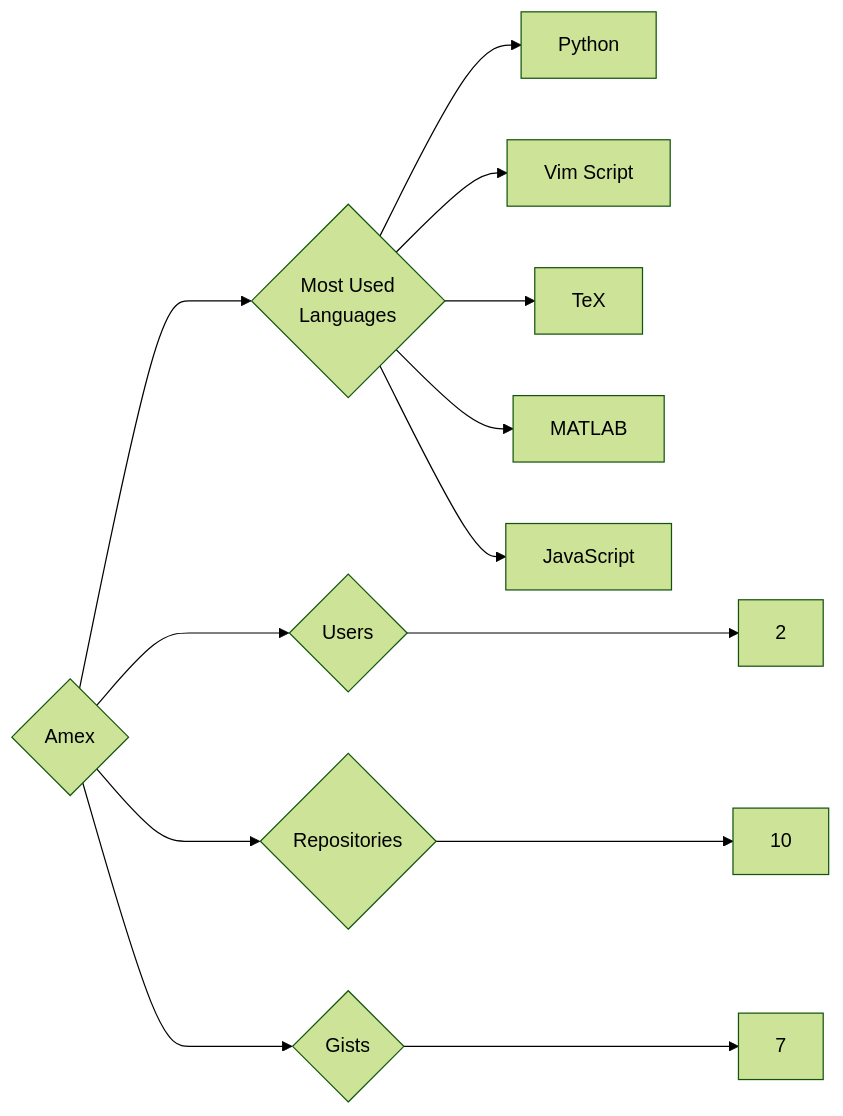
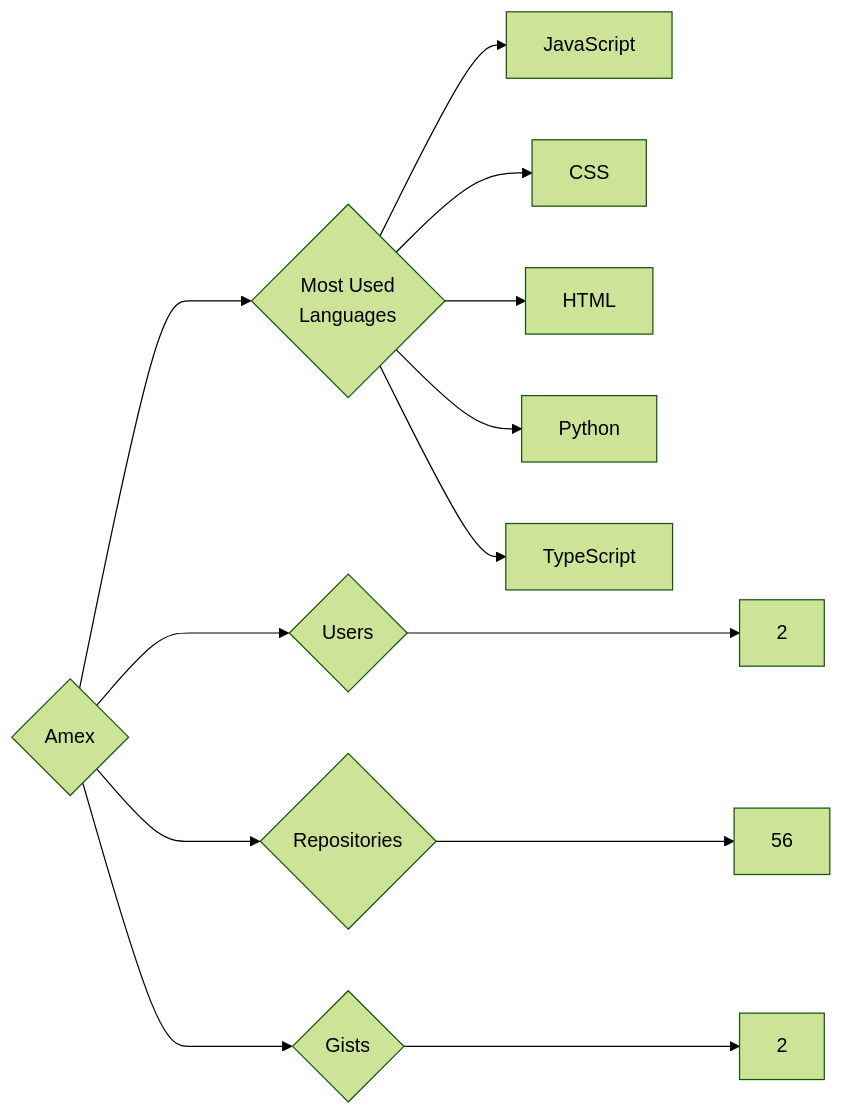
One commit to trickest/insiders changed the diagram in targets/Amex/README.md. Above: the diagram before and after it, drawn with Mermaid (forest theme). The commit also changed 682 other files, not shown here.

````diff
--- a/targets/Amex/README.md
+++ b/targets/Amex/README.md
@@ -3,13 +3,13 @@
 ```mermaid
 graph LR
 COMPANY_NAME{Amex}
 COMPANY_NAME ---> U{Users} ---> UN[2]
-COMPANY_NAME ---> R{Repositories} ---> RN[10]
-COMPANY_NAME ---> G{Gists} ---> GN[7]
+COMPANY_NAME ---> R{Repositories} ---> RN[56]
+COMPANY_NAME ---> G{Gists} ---> GN[2]
 COMPANY_NAME ---> ML{Most Used<br>Languages}
+ML --> JavaScript[JavaScript]
+ML --> CSS[CSS]
+ML --> HTML[HTML]
 ML --> Python[Python]
-ML --> Vim_Script[Vim Script]
-ML --> TeX[TeX]
-ML --> MATLAB[MATLAB]
-ML --> JavaScript[JavaScript]
+ML --> TypeScript[TypeScript]
 ```
````
